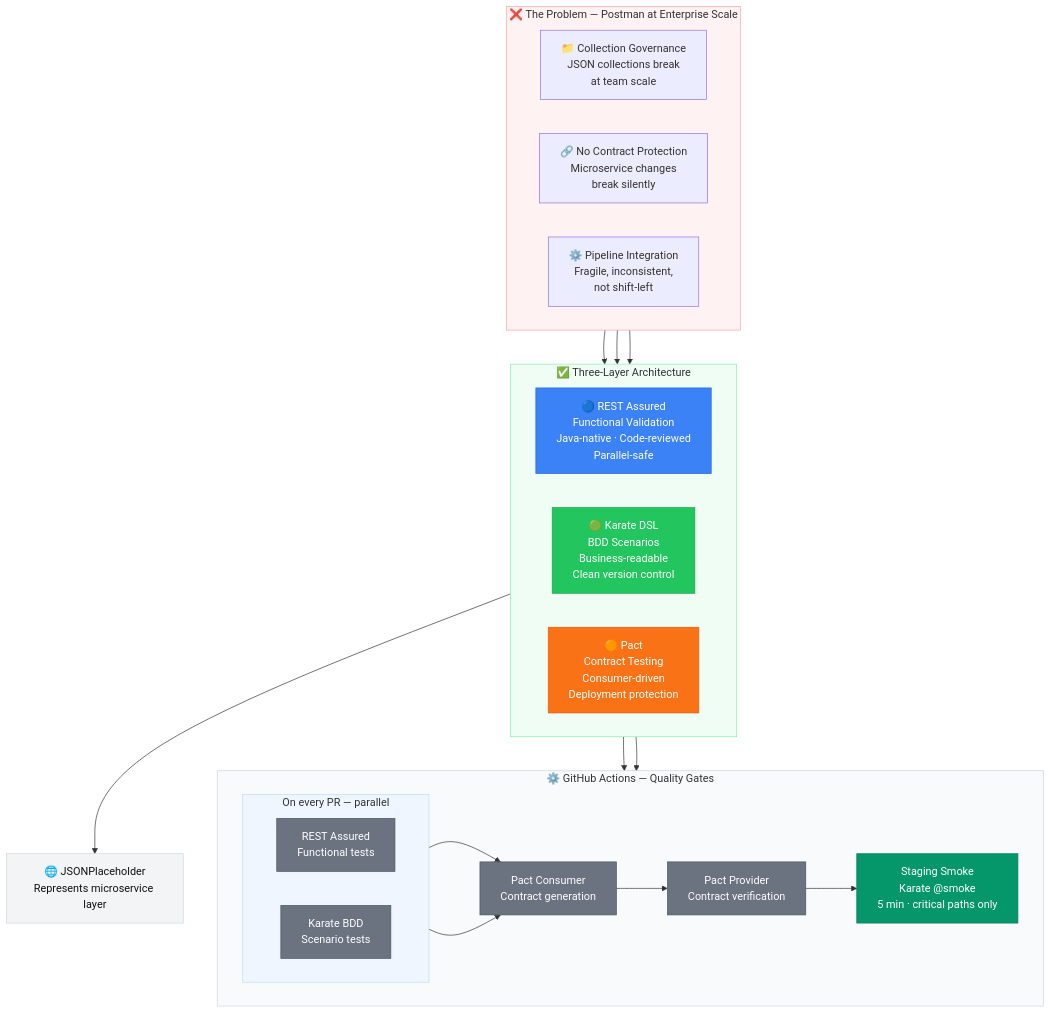
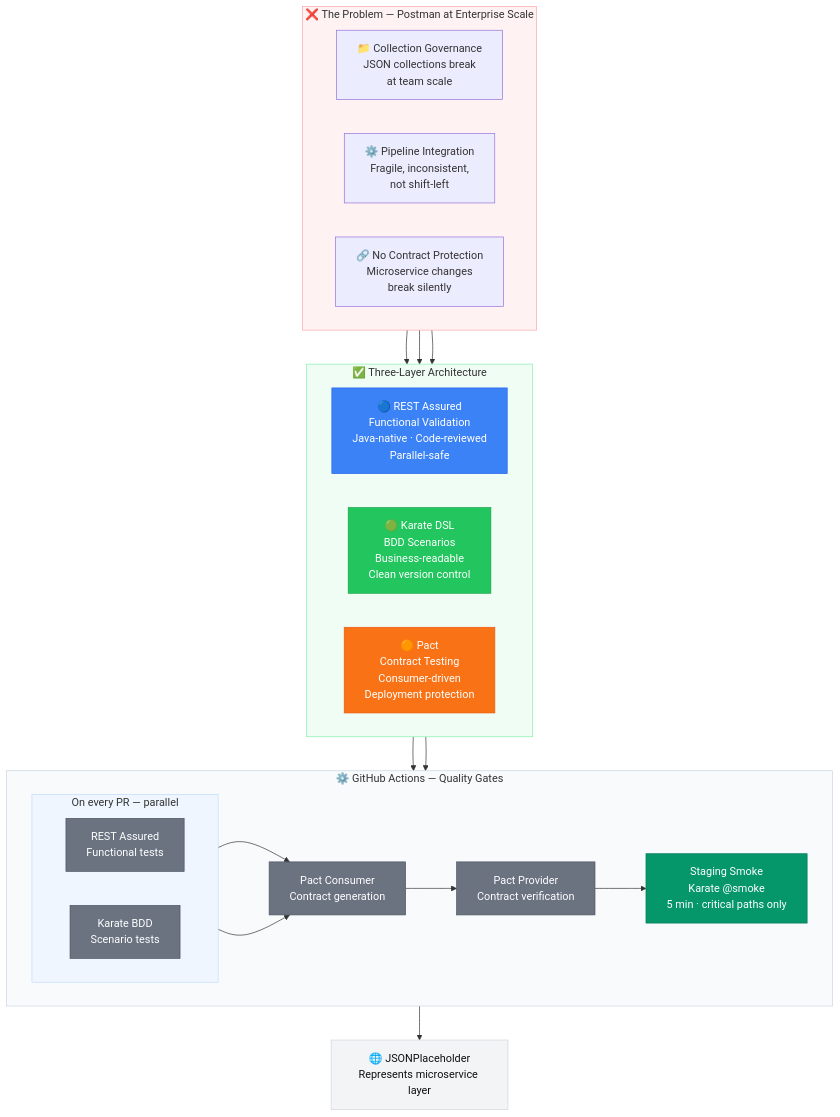
The diagram in README.md (carthikl/api-quality-platform-reference), drawn with Mermaid before and after one commit.

Commit message:
docs: fix diagram layout - JSONPlaceholder position, problem-solution alignment

````diff
--- a/README.md
+++ b/README.md
@@ -24,57 +24,57 @@
 ```mermaid
 flowchart TD
     subgraph Problem["❌ The Problem — Postman at Enterprise Scale"]
         direction LR
         P1["📁 Collection Governance\nJSON collections break\nat team scale"]
-        P2["🔗 No Contract Protection\nMicroservice changes\nbreak silently"]
-        P3["⚙️ Pipeline Integration\nFragile, inconsistent,\nnot shift-left"]
+        P2["⚙️ Pipeline Integration\nFragile, inconsistent,\nnot shift-left"]
+        P3["🔗 No Contract Protection\nMicroservice changes\nbreak silently"]
     end
 
     subgraph Solution["✅ Three-Layer Architecture"]
         direction LR
         L1["🔵 REST Assured\nFunctional Validation\nJava-native · Code-reviewed\nParallel-safe"]
         L2["🟢 Karate DSL\nBDD Scenarios\nBusiness-readable\nClean version control"]
         L3["🟠 Pact\nContract Testing\nConsumer-driven\nDeployment protection"]
     end
 
     subgraph Pipeline["⚙️ GitHub Actions — Quality Gates"]
         direction LR
         subgraph parallel["On every PR — parallel"]
             direction LR
             PR1["REST Assured\nFunctional tests"]
             PR2["Karate BDD\nScenario tests"]
         end
         CO["Pact Consumer\nContract generation"]
         PV["Pact Provider\nContract verification"]
         SM["Staging Smoke\nKarate @smoke\n5 min · critical paths only"]
     end
 
     API["🌐 JSONPlaceholder\nRepresents microservice layer"]
 
     P1 --> L1
-    P2 --> L3
-    P3 --> L2
+    P2 --> L2
+    P3 --> L3
 
     L1 --> PR1
     L2 --> PR2
     PR1 --> CO
     PR2 --> CO
     CO --> PV
     PV --> SM
 
-    Solution --> API
+    SM --> API
 
     style L1 fill:#3B82F6,color:#fff,stroke:#2563EB
     style L2 fill:#22C55E,color:#fff,stroke:#16A34A
     style L3 fill:#F97316,color:#fff,stroke:#EA580C
     style PR1 fill:#6B7280,color:#fff,stroke:#4B5563
     style PR2 fill:#6B7280,color:#fff,stroke:#4B5563
     style CO fill:#6B7280,color:#fff,stroke:#4B5563
     style PV fill:#6B7280,color:#fff,stroke:#4B5563
     style SM fill:#059669,color:#fff,stroke:#047857
     style API fill:#F3F4F6,color:#111,stroke:#D1D5DB
     style Problem fill:#FEF2F2,stroke:#FCA5A5
     style Solution fill:#F0FDF4,stroke:#86EFAC
     style Pipeline fill:#F8FAFC,stroke:#CBD5E1
     style parallel fill:#EFF6FF,stroke:#BFDBFE
 ```
````
